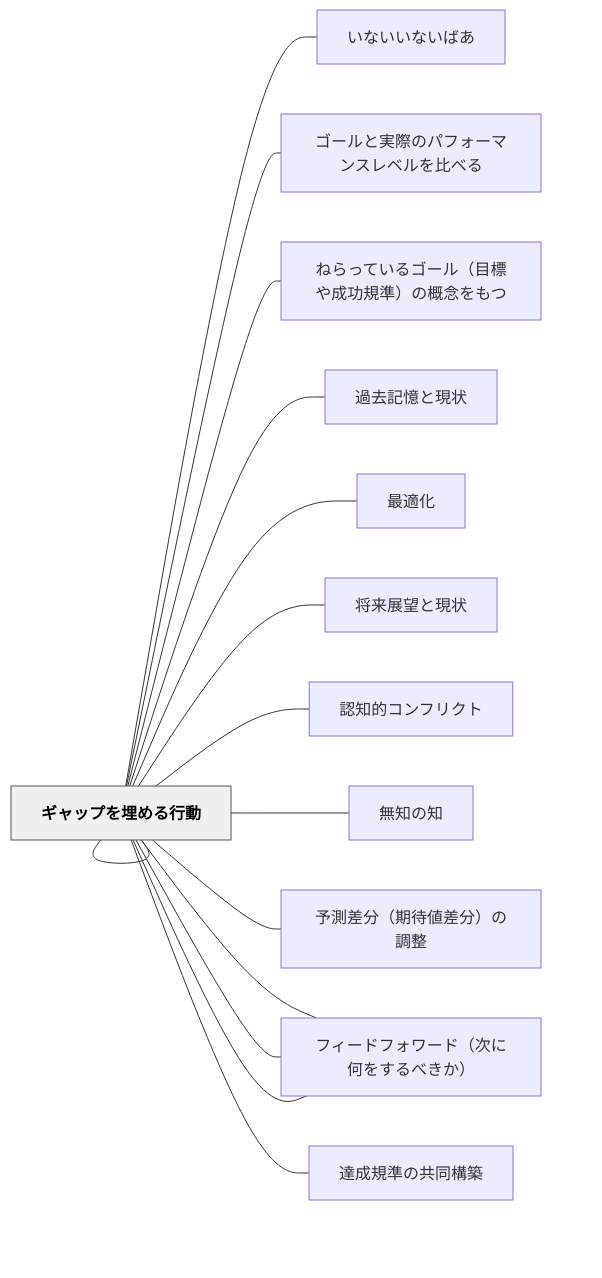
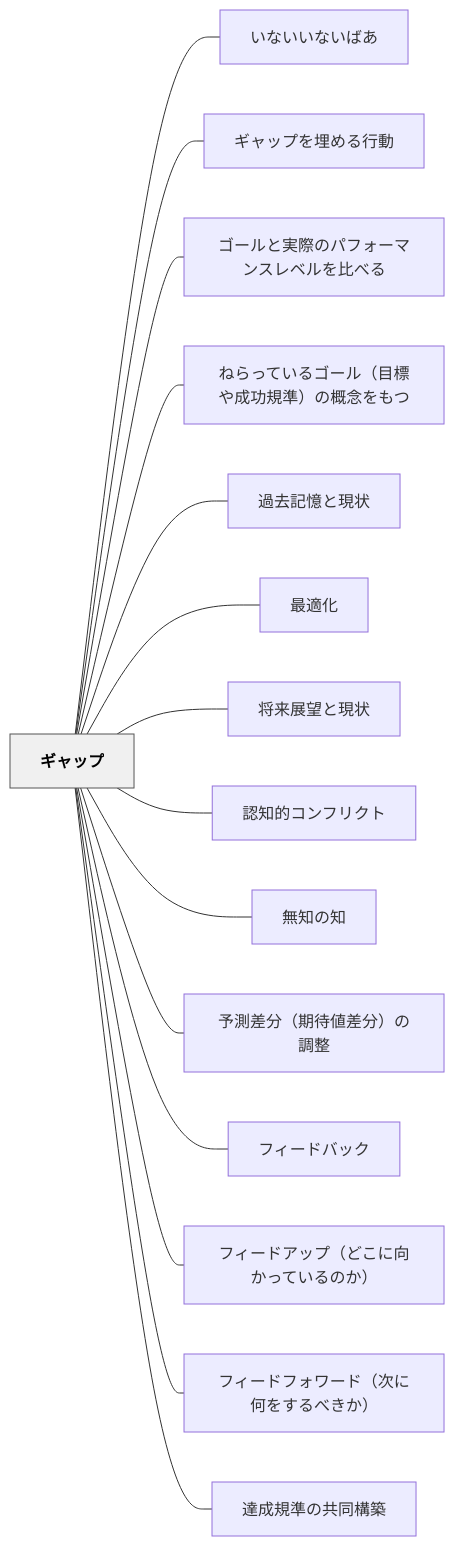
Before and after one commit to unknownthings-ed-patterns/unknownthings-ed-patterns: the diagram in content/パタン/ギャップ.md, drawn with Mermaid. The commit also changed 527 other files, not shown here.

````diff
--- a/content/パタン/ギャップ.md
+++ b/content/パタン/ギャップ.md
@@ -62,36 +62,36 @@
 ```mermaid
 flowchart LR
-    ne382aee383a3["ギャップ"]
-    ne38184e381aa["いないいないばあ"]
-    ne382aee383a3["ギャップを埋める行動"]
-    ne382b4e383bc["ゴールと実際のパフォーマンスレベルを比べる"]
-    ne381ade38289["ねらっているゴール（目標や成功規準）の概念をもつ"]
-    ne9818ee58ebb["過去記憶と現状"]
-    ne69c80e981a9["最適化"]
-    ne5b086e69da5["将来展望と現状"]
-    ne8aa8de79fa5["認知的コンフリクト"]
-    ne784a1e79fa5["無知の知"]
-    ne4ba88e6b8ac["予測差分（期待値差分）の調整"]
-    ne38395e382a3["フィードバック"]
-    ne38395e382a3["フィードアップ（どこに向かっているのか）"]
-    ne38395e382a3["フィードフォワード（次に何をするべきか）"]
-    ne98194e68890["達成規準の共同構築"]
+    ne382aee383a3e38383e38397["ギャップ"]
+    ne38184e381aae38184e38184e381aae38184e381b0e38182["いないいないばあ"]
+    ne382aee383a3e38383e38397e38292e59f8be38281e3828be8a18ce58b95["ギャップを埋める行動"]
+    ne382b4e383bce383abe381a8e5ae9fe99a9be381aee38391e38395e382a9e383bce3839ee383b3e382b9e383ace38399e383abe38292e6af94e381b9e3828b["ゴールと実際のパフォーマンスレベルを比べる"]
+    ne381ade38289e381a3e381a6e38184e3828be382b4e383bce383abefbc88e79baee6a899e38284e68890e58a9fe8a68fe6ba96efbc89e381aee6a682e5bfb5e38292e38282e381a4["ねらっているゴール（目標や成功規準）の概念をもつ"]
+    ne9818ee58ebbe8a898e686b6e381a8e78fbee78ab6["過去記憶と現状"]
+    ne69c80e981a9e58c96["最適化"]
+    ne5b086e69da5e5b195e69c9be381a8e78fbee78ab6["将来展望と現状"]
+    ne8aa8de79fa5e79a84e382b3e383b3e38395e383aae382afe38388["認知的コンフリクト"]
+    ne784a1e79fa5e381aee79fa5["無知の知"]
+    ne4ba88e6b8ace5b7aee58886efbc88e69c9fe5be85e580a4e5b7aee58886efbc89e381aee8aabfe695b4["予測差分（期待値差分）の調整"]
+    ne38395e382a3e383bce38389e38390e38383e382af["フィードバック"]
+    ne38395e382a3e383bce38389e382a2e38383e38397efbc88e381a9e38193e381abe59091e3818be381a3e381a6e38184e3828be381aee3818befbc89["フィードアップ（どこに向かっているのか）"]
+    ne38395e382a3e383bce38389e38395e382a9e383afe383bce38389efbc88e6aca1e381abe4bd95e38292e38199e3828be381b9e3818de3818befbc89["フィードフォワード（次に何をするべきか）"]
+    ne98194e68890e8a68fe6ba96e381aee585b1e5908ce6a78be7af89["達成規準の共同構築"]
 
-    ne382aee383a3 --- ne38184e381aa
-    ne382aee383a3 --- ne382aee383a3
-    ne382aee383a3 --- ne382b4e383bc
-    ne382aee383a3 --- ne381ade38289
-    ne382aee383a3 --- ne9818ee58ebb
-    ne382aee383a3 --- ne69c80e981a9
-    ne382aee383a3 --- ne5b086e69da5
-    ne382aee383a3 --- ne8aa8de79fa5
-    ne382aee383a3 --- ne784a1e79fa5
-    ne382aee383a3 --- ne4ba88e6b8ac
-    ne382aee383a3 --- ne38395e382a3
-    ne382aee383a3 --- ne38395e382a3
-    ne382aee383a3 --- ne38395e382a3
-    ne382aee383a3 --- ne98194e68890
+    ne382aee383a3e38383e38397 --- ne38184e381aae38184e38184e381aae38184e381b0e38182
+    ne382aee383a3e38383e38397 --- ne382aee383a3e38383e38397e38292e59f8be38281e3828be8a18ce58b95
+    ne382aee383a3e38383e38397 --- ne382b4e383bce383abe381a8e5ae9fe99a9be381aee38391e38395e382a9e383bce3839ee383b3e382b9e383ace38399e383abe38292e6af94e381b9e3828b
+    ne382aee383a3e38383e38397 --- ne381ade38289e381a3e381a6e38184e3828be382b4e383bce383abefbc88e79baee6a899e38284e68890e58a9fe8a68fe6ba96efbc89e381aee6a682e5bfb5e38292e38282e381a4
+    ne382aee383a3e38383e38397 --- ne9818ee58ebbe8a898e686b6e381a8e78fbee78ab6
+    ne382aee383a3e38383e38397 --- ne69c80e981a9e58c96
+    ne382aee383a3e38383e38397 --- ne5b086e69da5e5b195e69c9be381a8e78fbee78ab6
+    ne382aee383a3e38383e38397 --- ne8aa8de79fa5e79a84e382b3e383b3e38395e383aae382afe38388
+    ne382aee383a3e38383e38397 --- ne784a1e79fa5e381aee79fa5
+    ne382aee383a3e38383e38397 --- ne4ba88e6b8ace5b7aee58886efbc88e69c9fe5be85e580a4e5b7aee58886efbc89e381aee8aabfe695b4
+    ne382aee383a3e38383e38397 --- ne38395e382a3e383bce38389e38390e38383e382af
+    ne382aee383a3e38383e38397 --- ne38395e382a3e383bce38389e382a2e38383e38397efbc88e381a9e38193e381abe59091e3818be381a3e381a6e38184e3828be381aee3818befbc89
+    ne382aee383a3e38383e38397 --- ne38395e382a3e383bce38389e38395e382a9e383afe383bce38389efbc88e6aca1e381abe4bd95e38292e38199e3828be381b9e3818de3818befbc89
+    ne382aee383a3e38383e38397 --- ne98194e68890e8a68fe6ba96e381aee585b1e5908ce6a78be7af89
 
     classDef hub fill:#f0f0f0,stroke:#555,color:#000,font-weight:bold
-    class ne382aee383a3 hub
+    class ne382aee383a3e38383e38397 hub
 ```
````
